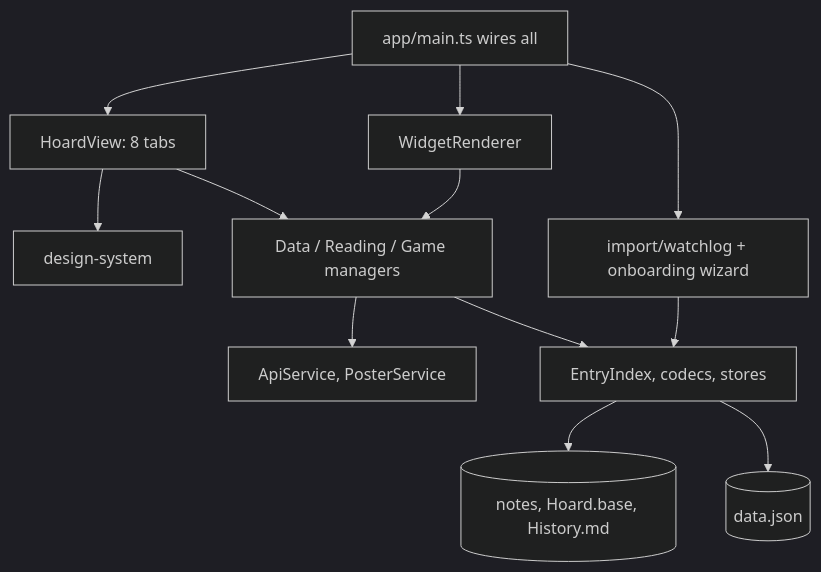
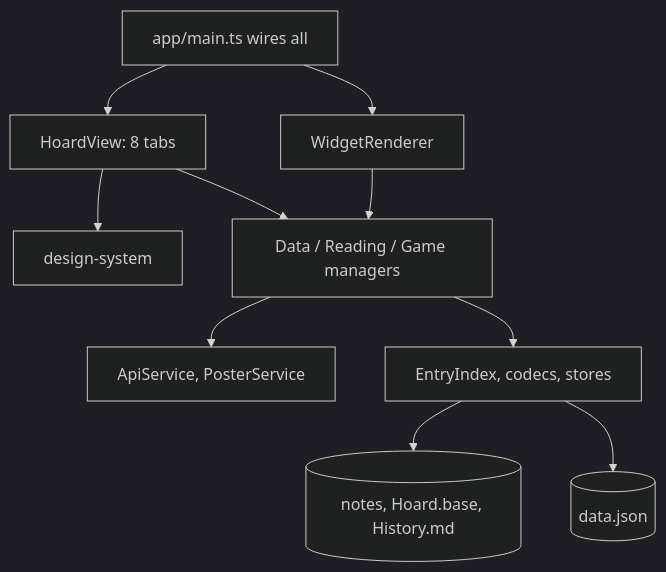
The diagram in docs/index.md (Macavity/obsidian-hoard), drawn with Mermaid (dark theme) before and after one commit. The commit also changed other lines of this file and 18 other files, not shown here.

````diff
--- a/docs/index.md
+++ b/docs/index.md
@@ -40,14 +40,12 @@
 ```mermaid
 flowchart TD
   main[app/main.ts wires all] --> View[HoardView: 8 tabs]
   View --> DS[design-system]
   main --> Widgets[WidgetRenderer]
   View --> Managers[Data / Reading / Game managers]
   Widgets --> Managers
   Managers --> API[ApiService, PosterService]
   Managers --> Storage[EntryIndex, codecs, stores]
   Storage --> Vault[(notes, Hoard.base, History.md)]
   Storage --> Local[(data.json)]
-  main --> Import[import/watchlog + onboarding wizard]
-  Import --> Storage
 ```
````
